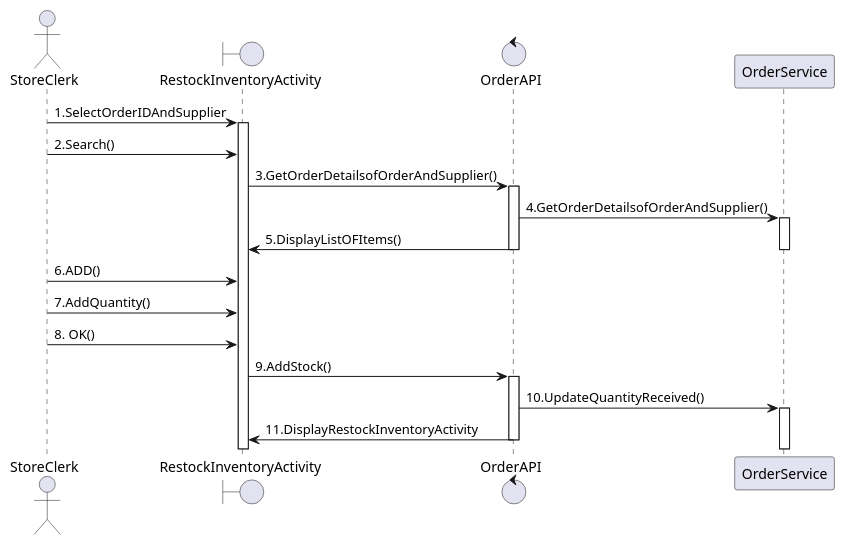
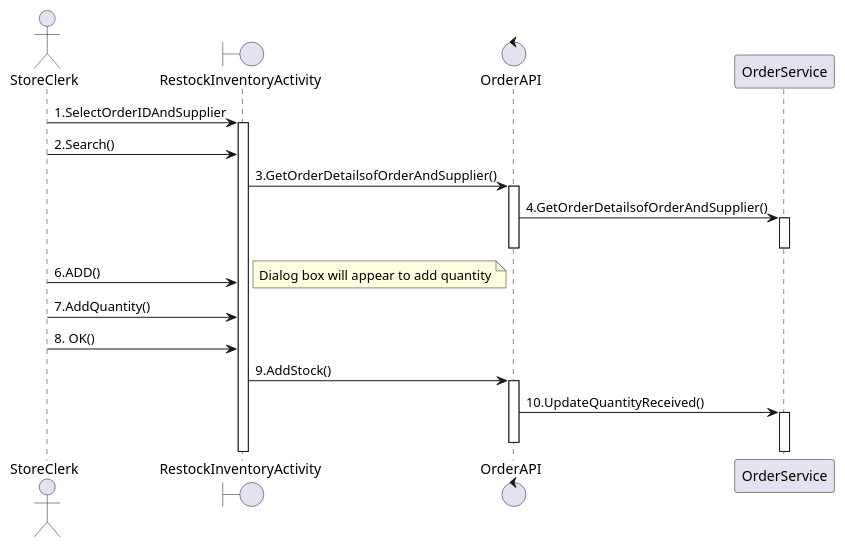
One commit to SA46Team5a/AD---ClassAndSequenceDiagram changed the diagram in RestockInventory.wsd. Above: the diagram before and after it, drawn with PlantUML. The commit also changed 21 other files, not shown here.

Commit message:
Added UseCase class diagrams

```diff
--- a/RestockInventory.wsd
+++ b/RestockInventory.wsd
@@ -1,28 +1,27 @@
 @startuml
 actor StoreClerk
 boundary RestockInventoryActivity
 control OrderAPI
 Participant OrderService
 
 StoreClerk->RestockInventoryActivity: 1.SelectOrderIDAndSupplier
 activate RestockInventoryActivity
 StoreClerk->RestockInventoryActivity: 2.Search()
 RestockInventoryActivity->OrderAPI: 3.GetOrderDetailsofOrderAndSupplier()
 activate OrderAPI
 OrderAPI->OrderService: 4.GetOrderDetailsofOrderAndSupplier()
 activate OrderService
-OrderAPI->RestockInventoryActivity: 5.DisplayListOFItems()
 deactivate OrderService
 deactivate OrderAPI
 StoreClerk->RestockInventoryActivity: 6.ADD()
+note right:Dialog box will appear to add quantity
 StoreClerk->RestockInventoryActivity: 7.AddQuantity()
 StoreClerk->RestockInventoryActivity: 8. OK()
 RestockInventoryActivity->OrderAPI: 9.AddStock()
 activate OrderAPI
 OrderAPI->OrderService: 10.UpdateQuantityReceived()
 activate OrderService
-OrderAPI->RestockInventoryActivity: 11.DisplayRestockInventoryActivity
 deactivate OrderAPI
 
 
 @enduml
```
